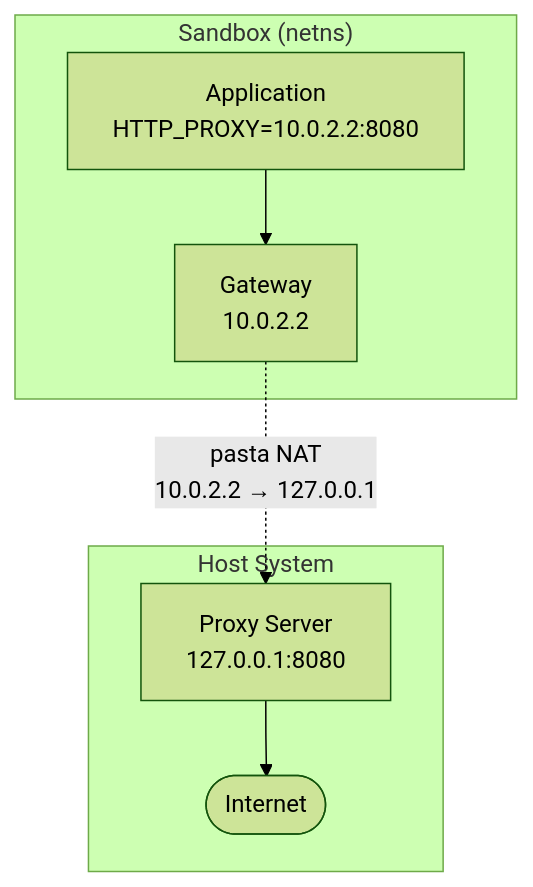
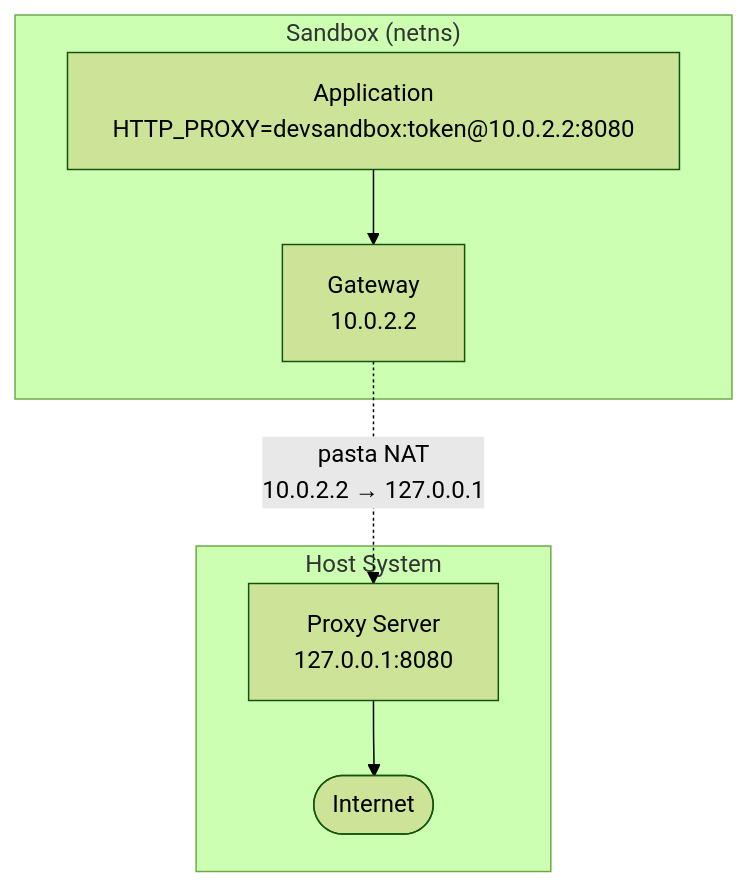
Before and after one commit to zekker6/devsandbox: the first of 2 diagrams in docs/proxy.md, drawn with Mermaid (forest theme). The commit also changed other lines of this file and 30 other files, not shown here.

````diff
--- a/docs/proxy.md
+++ b/docs/proxy.md
@@ -296,14 +296,14 @@
 ```mermaid
 flowchart TB
     subgraph host["Host System"]
         proxy["Proxy Server<br/>127.0.0.1:8080"]
         internet(["Internet"])
         proxy --> internet
     end
     subgraph sandbox["Sandbox (netns)"]
-        app["Application<br/>HTTP_PROXY=10.0.2.2:8080"]
+        app["Application<br/>HTTP_PROXY=devsandbox:token@10.0.2.2:8080"]
         gateway["Gateway<br/>10.0.2.2"]
         app --> gateway
     end
     gateway -. "pasta NAT<br/>10.0.2.2 → 127.0.0.1" .-> proxy
 ```
````
